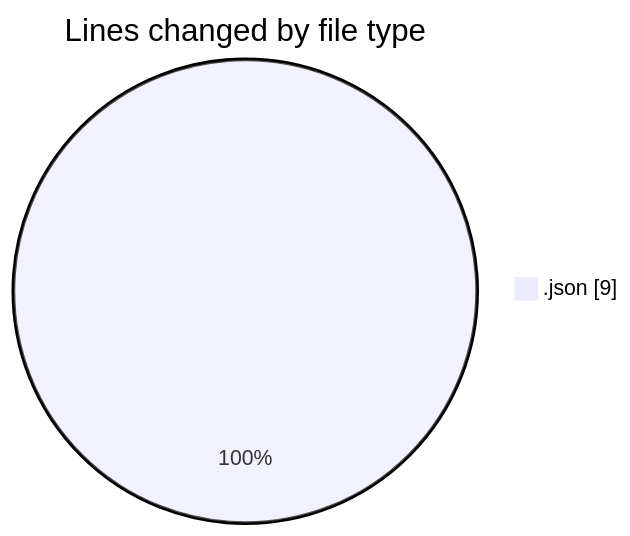
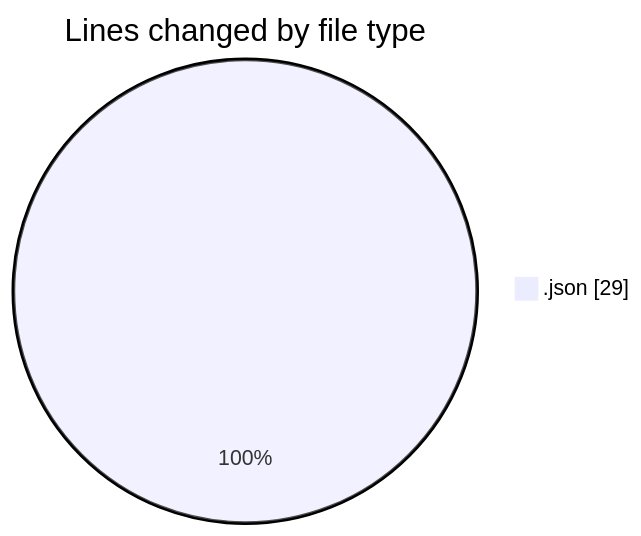
The first of 2 diagrams in 2025-07-22/opencode/README.md (EIIisD/code-tracking), drawn with Mermaid before and after one commit. The commit also changed other lines of this file and 1 other file, not shown here.

````diff
--- a/2025-07-22/opencode/README.md
+++ b/2025-07-22/opencode/README.md
@@ -20,5 +20,5 @@
 ```mermaid
 pie showData
 title Lines changed by file type
-".json" : 9
+".json" : 29
 ```
````
